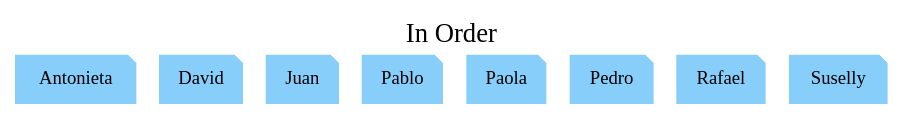
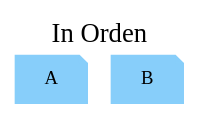
Before and after one commit to JoseMorente98/EDD-Proyecto-1: the diagram in EDD_1S2020_PY1_201801237/InOrden.dot, drawn with Graphviz. The commit also changed 48 other files, not shown here.

```diff
--- a/EDD_1S2020_PY1_201801237/InOrden.dot
+++ b/EDD_1S2020_PY1_201801237/InOrden.dot
@@ -1,13 +1,7 @@
 digraph ArbolBinario {
 	rankdir=TB;
 	node[shape = note, fontcolor = black, style = filled, color = lightskyblue];
-	graph[label = "In Order", labelloc = t, fontsize = 20];
-Object6[label = " Antonieta"];
-Object4[label = " David"];
-Object1[label = " Juan"];
-Object2[label = " Pablo"];
-Object8[label = " Paola"];
-Object3[label = " Pedro"];
-Object5[label = " Rafael"];
-Object7[label = " Suselly"];
+	graph[label = "In Orden", labelloc = t, fontsize = 20];
+Object1[label = " A"];
+Object2[label = " B"];
 }
```
